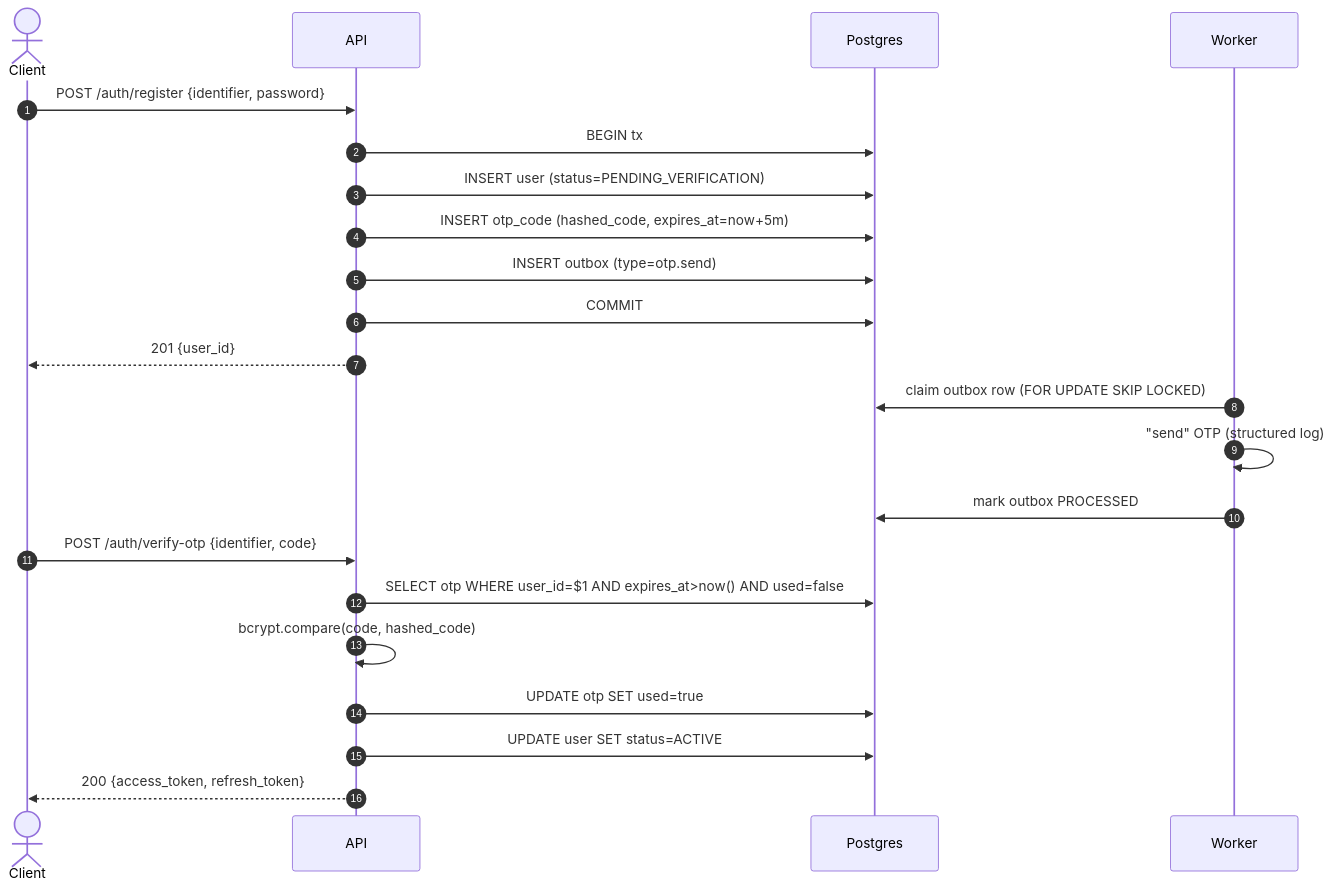
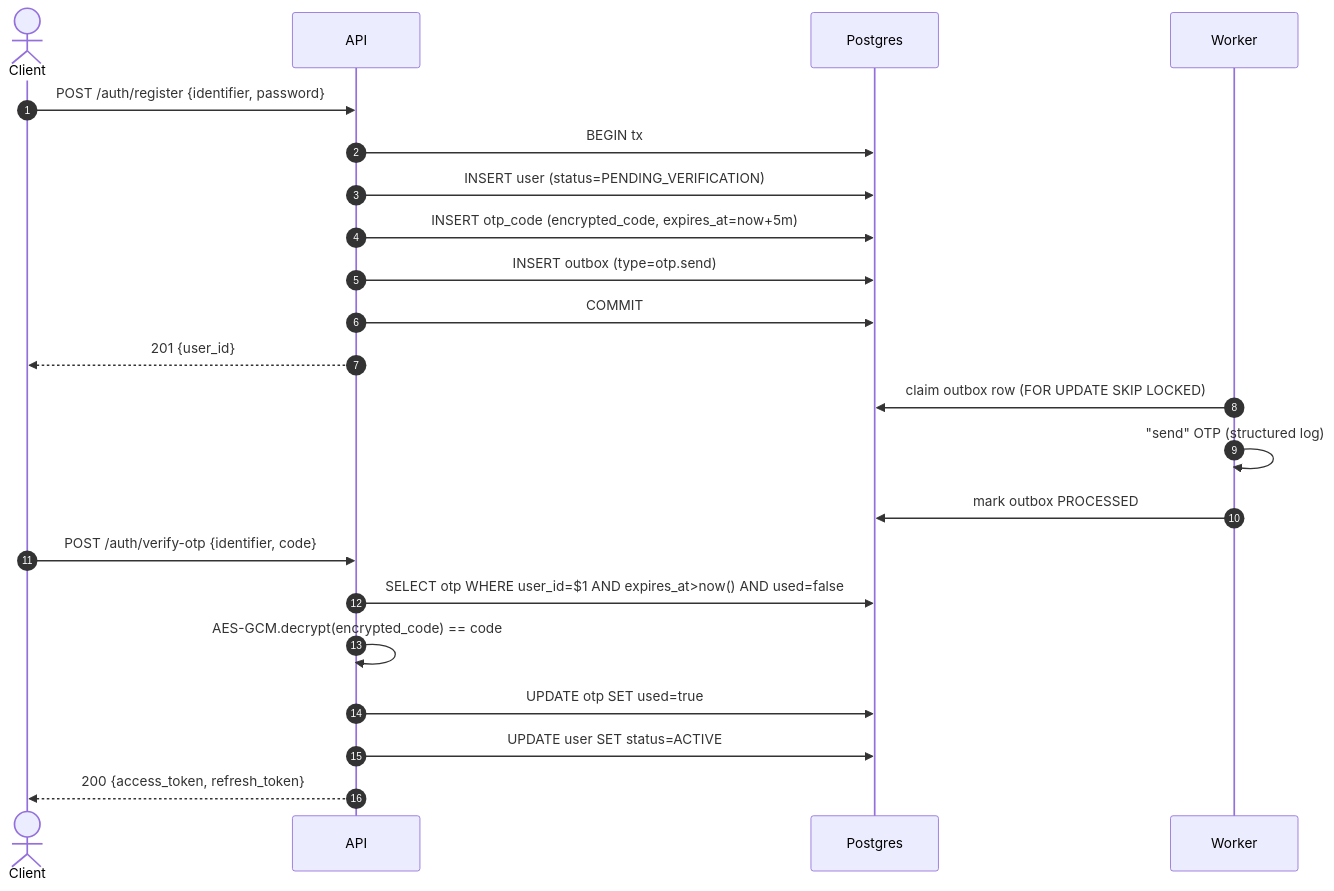
Before and after one commit to khuongnguyenBlue/flashsales-agapi: the fourth of 10 diagrams in docs/DESIGN.md, drawn with Mermaid. The commit also changed other lines of this file and 2 other files, not shown here.

First line of the commit message:
docs(otp): update DESIGN.md and README to reflect AES-256-GCM OTP storage

````diff
--- a/docs/DESIGN.md
+++ b/docs/DESIGN.md
@@ -182,27 +182,27 @@
 ```mermaid
 sequenceDiagram
     autonumber
     actor U as Client
     participant API
     participant DB as Postgres
     participant W as Worker
 
     U->>API: POST /auth/register {identifier, password}
     API->>DB: BEGIN tx
     API->>DB: INSERT user (status=PENDING_VERIFICATION)
-    API->>DB: INSERT otp_code (hashed_code, expires_at=now+5m)
+    API->>DB: INSERT otp_code (encrypted_code, expires_at=now+5m)
     API->>DB: INSERT outbox (type=otp.send)
     API->>DB: COMMIT
     API-->>U: 201 {user_id}
 
     W->>DB: claim outbox row (FOR UPDATE SKIP LOCKED)
     W->>W: "send" OTP (structured log)
     W->>DB: mark outbox PROCESSED
 
     U->>API: POST /auth/verify-otp {identifier, code}
     API->>DB: SELECT otp WHERE user_id=$1 AND expires_at>now() AND used=false
-    API->>API: bcrypt.compare(code, hashed_code)
+    API->>API: AES-GCM.decrypt(encrypted_code) == code
     API->>DB: UPDATE otp SET used=true
     API->>DB: UPDATE user SET status=ACTIVE
     API-->>U: 200 {access_token, refresh_token}
 ```
````
